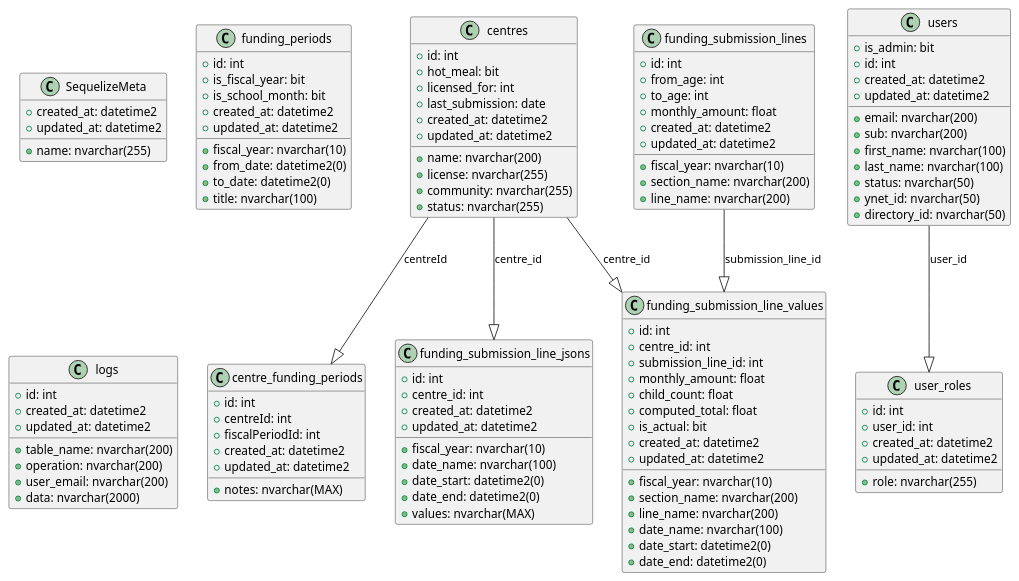
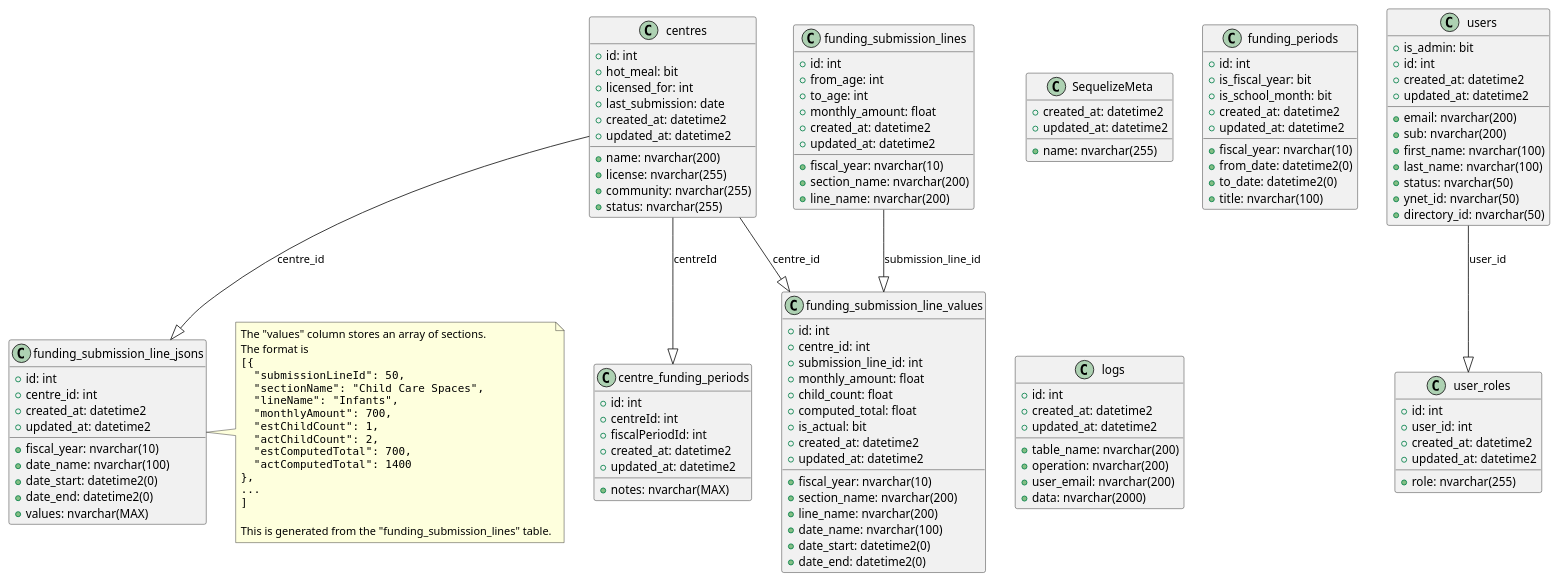
Before and after one commit to ytgov/elcc-data-management: the diagram in Design/Entity Relationship Diagrams.wsd, drawn with PlantUML. The commit also changed 1 other file, not shown here.

Commit message:
:tophat: Add note about funding_submission_line_jsons#values field.

```diff
--- a/Design/Entity Relationship Diagrams.wsd
+++ b/Design/Entity Relationship Diagrams.wsd
@@ -1,123 +1,144 @@
 @startuml
 
 class "SequelizeMeta" {
   +name: nvarchar(255)
   +created_at: datetime2
   +updated_at: datetime2
 }
 
 class "centres" {
   +id: int
   +name: nvarchar(200)
   +license: nvarchar(255)
   +community: nvarchar(255)
   +status: nvarchar(255)
   +hot_meal: bit
   +licensed_for: int
   +last_submission: date
   +created_at: datetime2
   +updated_at: datetime2
 }
 
 class "funding_periods" {
   +id: int
   +fiscal_year: nvarchar(10)
   +from_date: datetime2(0)
   +to_date: datetime2(0)
   +title: nvarchar(100)
   +is_fiscal_year: bit
   +is_school_month: bit
   +created_at: datetime2
   +updated_at: datetime2
 }
 
 class "funding_submission_lines" {
   +id: int
   +fiscal_year: nvarchar(10)
   +section_name: nvarchar(200)
   +line_name: nvarchar(200)
   +from_age: int
   +to_age: int
   +monthly_amount: float
   +created_at: datetime2
   +updated_at: datetime2
 }
 
 class "logs" {
   +id: int
   +table_name: nvarchar(200)
   +operation: nvarchar(200)
   +user_email: nvarchar(200)
   +data: nvarchar(2000)
   +created_at: datetime2
   +updated_at: datetime2
 }
 
 class "users" {
   +email: nvarchar(200)
   +sub: nvarchar(200)
   +first_name: nvarchar(100)
   +last_name: nvarchar(100)
   +status: nvarchar(50)
   +is_admin: bit
   +ynet_id: nvarchar(50)
   +directory_id: nvarchar(50)
   +id: int
   +created_at: datetime2
   +updated_at: datetime2
 }
 
 class "centre_funding_periods" {
   +id: int
   +centreId: int
   +fiscalPeriodId: int
   +notes: nvarchar(MAX)
   +created_at: datetime2
   +updated_at: datetime2
 }
 
 class "funding_submission_line_jsons" {
   +id: int
   +centre_id: int
   +fiscal_year: nvarchar(10)
   +date_name: nvarchar(100)
   +date_start: datetime2(0)
   +date_end: datetime2(0)
   +values: nvarchar(MAX)
   +created_at: datetime2
   +updated_at: datetime2
 }
 
+note right of "funding_submission_line_jsons"
+  The "values" column stores an array of sections.
+  The format is
+  <code>
+  [{
+    "submissionLineId": 50,
+    "sectionName": "Child Care Spaces",
+    "lineName": "Infants",
+    "monthlyAmount": 700,
+    "estChildCount": 1,
+    "actChildCount": 2,
+    "estComputedTotal": 700,
+    "actComputedTotal": 1400
+  },
+  ...
+  ]
+  </code>
+
+  This is generated from the "funding_submission_lines" table.
+end note
+
 class "funding_submission_line_values" {
   +id: int
   +centre_id: int
   +submission_line_id: int
   +fiscal_year: nvarchar(10)
   +section_name: nvarchar(200)
   +line_name: nvarchar(200)
   +monthly_amount: float
   +date_name: nvarchar(100)
   +date_start: datetime2(0)
   +date_end: datetime2(0)
   +child_count: float
   +computed_total: float
   +is_actual: bit
   +created_at: datetime2
   +updated_at: datetime2
 }
 
 class "user_roles" {
   +role: nvarchar(255)
   +id: int
   +user_id: int
   +created_at: datetime2
   +updated_at: datetime2
 }
 
 "centres" --|> "centre_funding_periods" : centreId
 "centres" --|> "funding_submission_line_jsons" : centre_id
 "centres" --|> "funding_submission_line_values" : centre_id
 "funding_submission_lines" --|> "funding_submission_line_values" : submission_line_id
 "users" --|> "user_roles" : user_id
 
 @enduml
```
